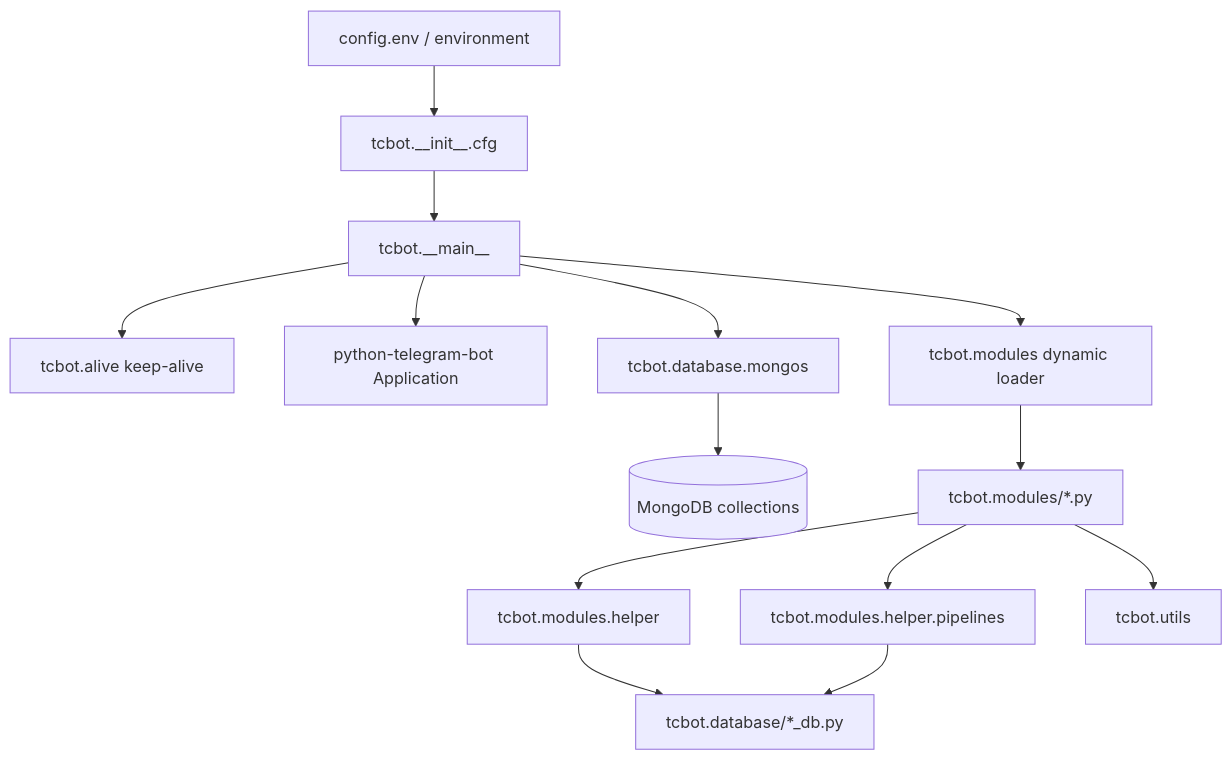
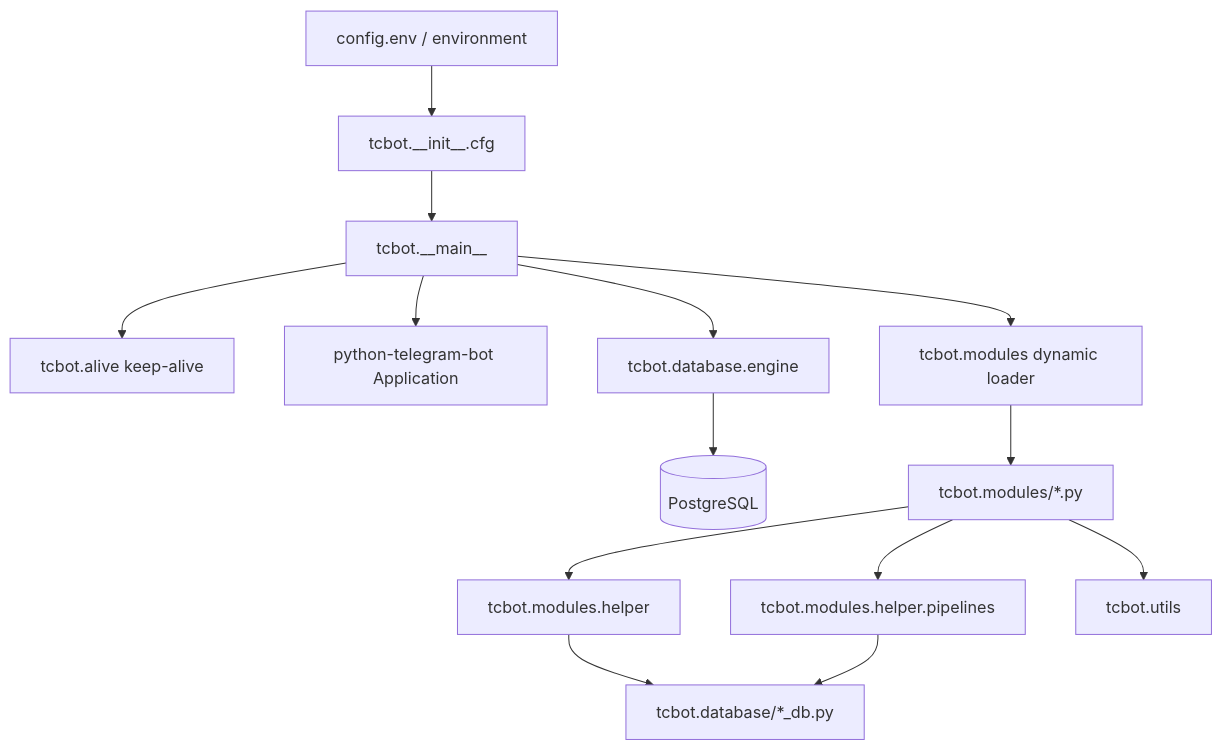
The diagram in docs/README.md (D1ZZY4/tcbot), drawn with Mermaid before and after one commit. The commit also changed other lines of this file and 132 other files, not shown here.

````diff
--- a/docs/README.md
+++ b/docs/README.md
@@ -90,16 +90,16 @@
 ```mermaid
 flowchart TD
     Env[config.env / environment] --> Config[tcbot.__init__.cfg]
     Config --> Main[tcbot.__main__]
     Main --> Flask[tcbot.alive keep-alive]
     Main --> PTB[python-telegram-bot Application]
-    Main --> Mongo[tcbot.database.mongos]
-    Mongo --> Collections[(MongoDB collections)]
+    Main --> Engine[tcbot.database.engine]
+    Engine --> Postgres[(PostgreSQL)]
     Main --> Modules[tcbot.modules dynamic loader]
     Modules --> CommandModules[tcbot.modules/*.py]
     CommandModules --> Helpers[tcbot.modules.helper]
     CommandModules --> Workflows[tcbot.modules.helper.pipelines]
     Helpers --> DBHelpers[tcbot.database/*_db.py]
     Workflows --> DBHelpers
     CommandModules --> Utils[tcbot.utils]
 ```
````
